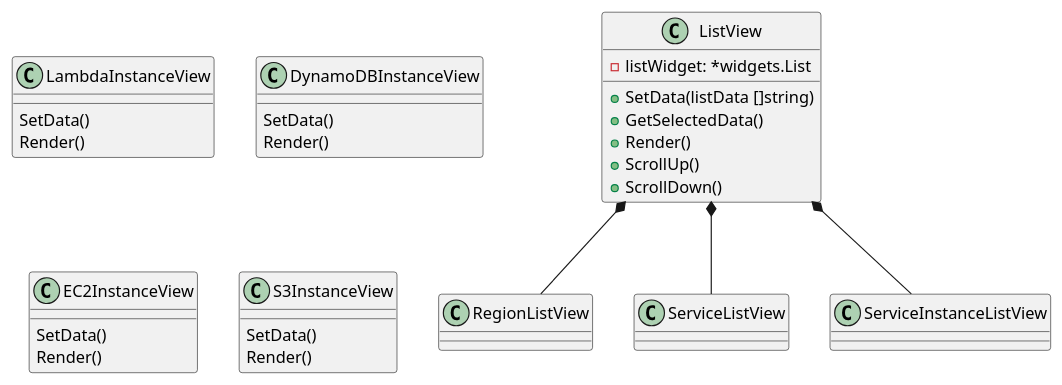
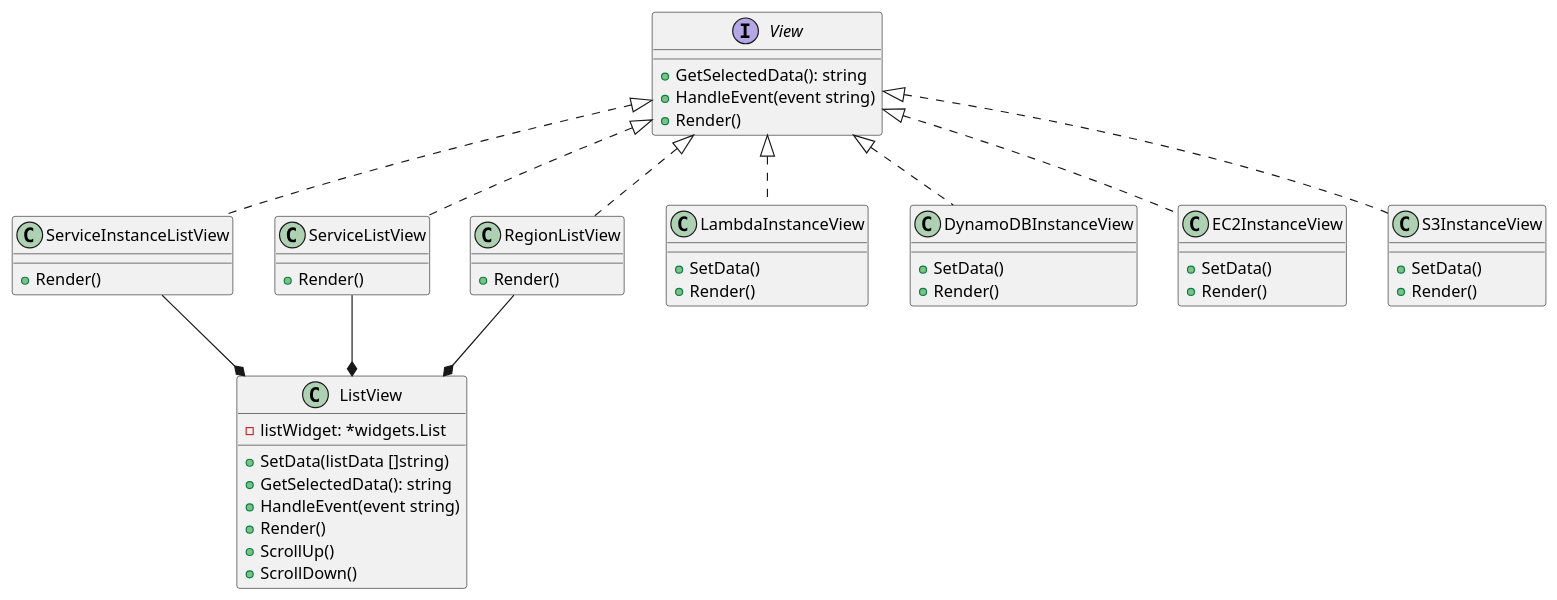
The diagram in docs/diagrams/view.puml (kidomine/awsexplorer), drawn with PlantUML before and after one commit. The commit also changed 14 other files, not shown here.

```diff
--- a/docs/diagrams/view.puml
+++ b/docs/diagrams/view.puml
@@ -1,45 +1,63 @@
 @startuml
+
+interface View {
+    +GetSelectedData(): string
+    +HandleEvent(event string)
+    +Render()
+}
 
 class ListView {
 	-listWidget: *widgets.List
 	+SetData(listData []string)
-    +GetSelectedData()
+    +GetSelectedData(): string
+    +HandleEvent(event string)
     +Render()
     +ScrollUp()
     +ScrollDown()
 }
 
 class RegionListView {
+    +Render()
 }
 
 class ServiceListView {
+    +Render()
 }
 
 class ServiceInstanceListView {
+    +Render()
 }
 
+View <|.down. RegionListView
+View <|.down. ServiceListView
+View <|.down. ServiceInstanceListView
+View <|.down. LambdaInstanceView
+View <|.down. DynamoDBInstanceView
+View <|.down. EC2InstanceView
+View <|.down. S3InstanceView
+
 class LambdaInstanceView {
-    SetData()
-    Render()
+    +SetData()
+    +Render()
 }
 
 class DynamoDBInstanceView {
-    SetData()
-    Render()
+    +SetData()
+    +Render()
 }
 
 class EC2InstanceView {
-    SetData()
-    Render()
+    +SetData()
+    +Render()
 }
 
 class S3InstanceView {
-    SetData()
-    Render()
+    +SetData()
+    +Render()
 }
 
-ListView *-down- RegionListView
-ListView *-down- ServiceListView
-ListView *-down- ServiceInstanceListView
+ListView *-up- RegionListView
+ListView *-up- ServiceListView
+ListView *-up- ServiceInstanceListView
 
 @enduml
```
